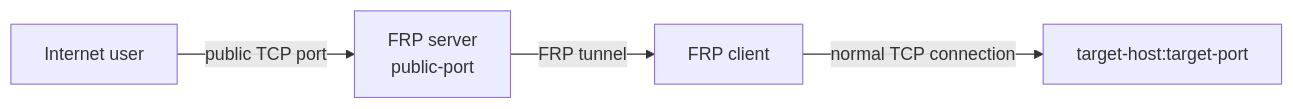
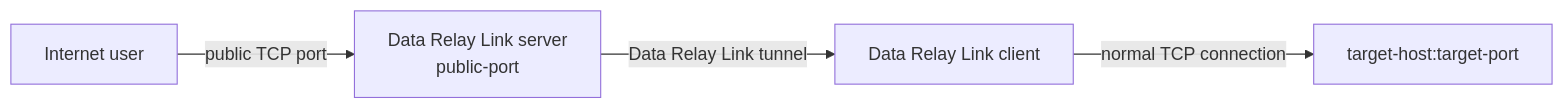
Before and after one commit to datarelay-labs/data-relay-link-docs: the first of 6 diagrams in guides/services.mdx, drawn with Mermaid. The commit also changed other lines of this file and 36 other files, not shown here.

````diff
--- a/guides/services.mdx
+++ b/guides/services.mdx
@@ -12,11 +12,11 @@
 ```mermaid
 flowchart LR
     U[Internet user]
-    S[FRP server\npublic-port]
-    C[FRP client]
+    S[Data Relay Link server\npublic-port]
+    C[Data Relay Link client]
     T[target-host:target-port]
 
     U -->|public TCP port| S
-    S -->|FRP tunnel| C
+    S -->|Data Relay Link tunnel| C
     C -->|normal TCP connection| T
 ```
````
